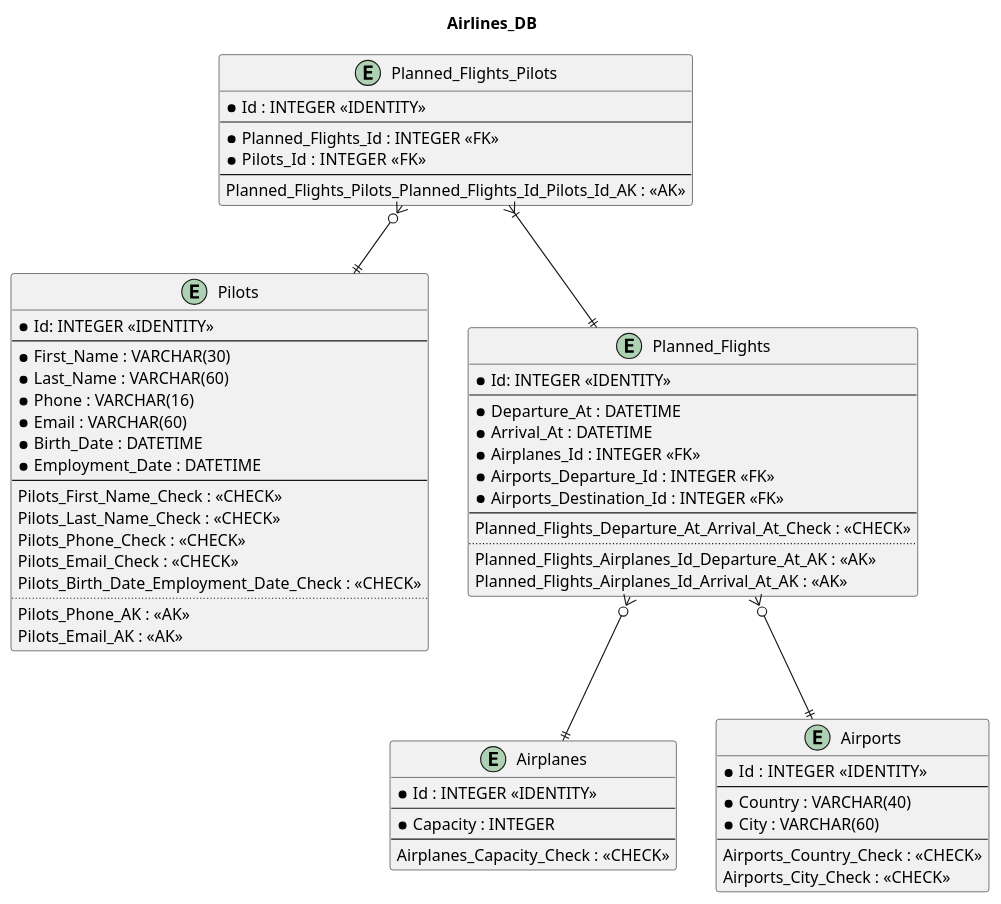
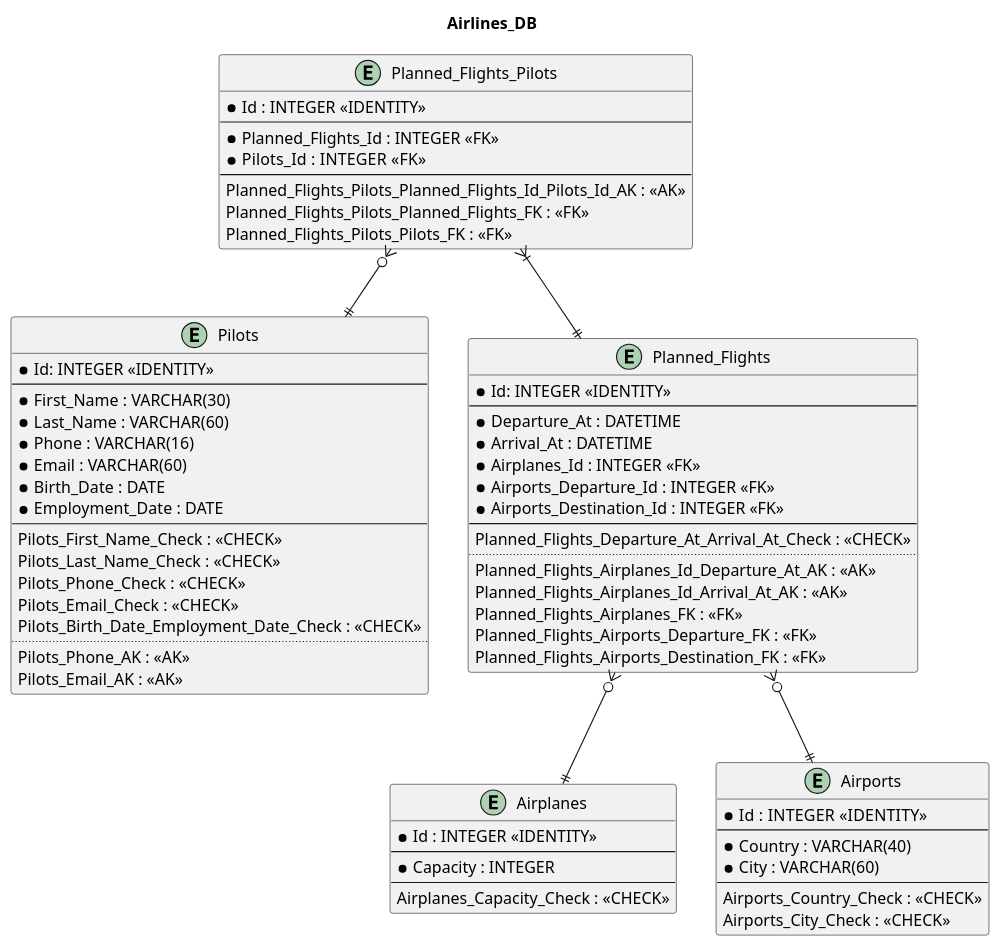
One commit to dkostmii/NULP-Databases changed the diagram in diagram.pu. Above: the diagram before and after it, drawn with PlantUML. The commit also changed 6 other files, not shown here.

```diff
--- a/diagram.pu
+++ b/diagram.pu
@@ -1,75 +1,80 @@
 @startuml DB_ER_Diagram
 
 
 title "Airlines_DB"
 
 
 entity "Airplanes" as airplanes {
 	*Id : INTEGER <<IDENTITY>>
 	--
 	*Capacity : INTEGER
 	--
 	Airplanes_Capacity_Check : <<CHECK>>
 }
 
 entity "Pilots" as pilots {
 	*Id: INTEGER <<IDENTITY>>
 	--
 	*First_Name : VARCHAR(30)
 	*Last_Name : VARCHAR(60)
 	*Phone : VARCHAR(16)
 	*Email : VARCHAR(60)
-	*Birth_Date : DATETIME
-	*Employment_Date : DATETIME
+	*Birth_Date : DATE
+	*Employment_Date : DATE
 	--
 	Pilots_First_Name_Check : <<CHECK>>
 	Pilots_Last_Name_Check : <<CHECK>>
 	Pilots_Phone_Check : <<CHECK>>
 	Pilots_Email_Check : <<CHECK>>
 	Pilots_Birth_Date_Employment_Date_Check : <<CHECK>>
 	..
 	Pilots_Phone_AK : <<AK>>
 	Pilots_Email_AK : <<AK>>
 }
 
 entity "Airports" as airports {
 	*Id : INTEGER  <<IDENTITY>>
 	--
 	*Country : VARCHAR(40)
 	*City : VARCHAR(60)
 	--
 	Airports_Country_Check : <<CHECK>>
 	Airports_City_Check : <<CHECK>>
 }
 
 entity "Planned_Flights" as pl_flights {
 	*Id: INTEGER <<IDENTITY>>
 	--
 	*Departure_At : DATETIME
 	*Arrival_At : DATETIME
 	*Airplanes_Id : INTEGER <<FK>>
 	*Airports_Departure_Id : INTEGER <<FK>>
 	*Airports_Destination_Id : INTEGER <<FK>>
 	--
 	Planned_Flights_Departure_At_Arrival_At_Check : <<CHECK>>
 	..
 	Planned_Flights_Airplanes_Id_Departure_At_AK : <<AK>>
 	Planned_Flights_Airplanes_Id_Arrival_At_AK : <<AK>>
+    Planned_Flights_Airplanes_FK : <<FK>>
+    Planned_Flights_Airports_Departure_FK : <<FK>>
+    Planned_Flights_Airports_Destination_FK : <<FK>>
 }
 
 entity "Planned_Flights_Pilots" as pl_flights_pilots {
 	*Id : INTEGER <<IDENTITY>>
 	--
 	*Planned_Flights_Id : INTEGER <<FK>>
 	*Pilots_Id : INTEGER  <<FK>>
 	--
 	Planned_Flights_Pilots_Planned_Flights_Id_Pilots_Id_AK : <<AK>>
+    Planned_Flights_Pilots_Planned_Flights_FK : <<FK>>
+    Planned_Flights_Pilots_Pilots_FK : <<FK>>
 }
 
 
 pl_flights }o--|| airplanes
 pl_flights }o--|| airports
 pl_flights_pilots }|--|| pl_flights
 pl_flights_pilots }o--|| pilots
 	
 @enduml
```
